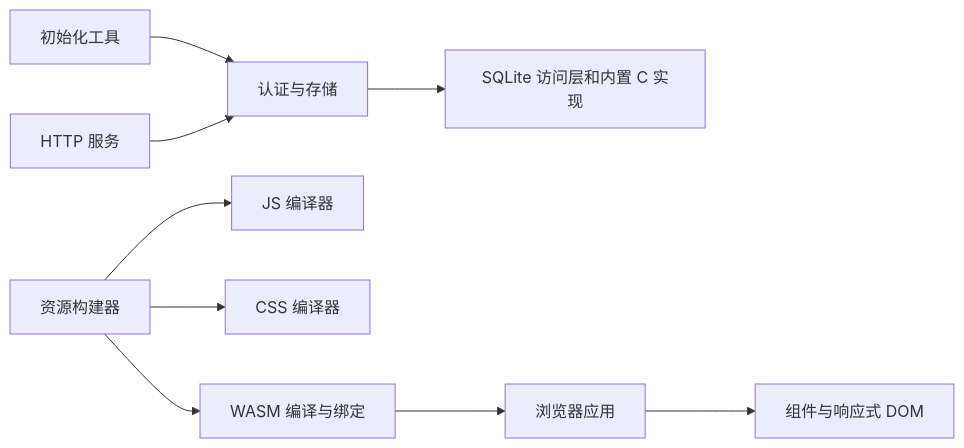
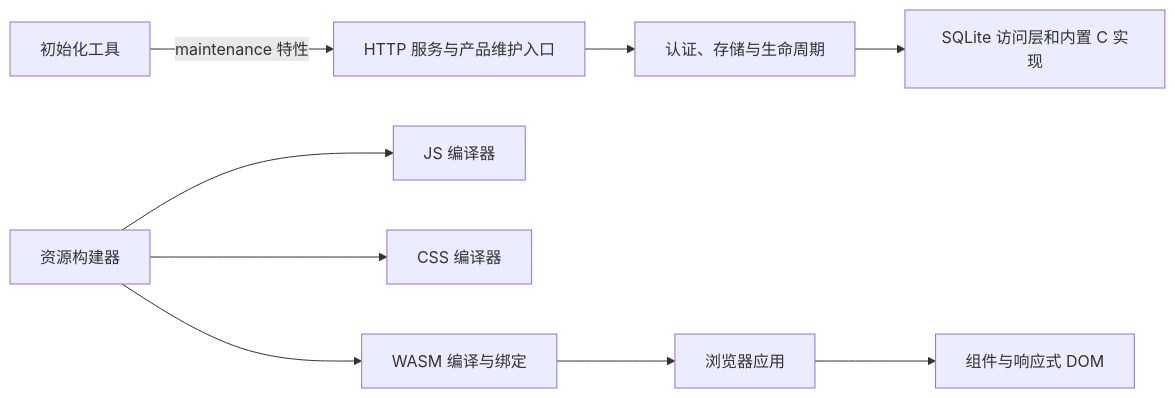
Before and after one commit to isarmg/xocs: the diagram in docs/architecture.md, drawn with Mermaid. The commit also changed other lines of this file and 86 other files, not shown here.

````diff
--- a/docs/architecture.md
+++ b/docs/architecture.md
@@ -26,11 +26,11 @@
 ```mermaid
 flowchart LR
-  setup[初始化工具] --> application[认证与存储]
-  server[HTTP 服务] --> application
+  setup[初始化工具] -->|maintenance 特性| server[HTTP 服务与产品维护入口]
+  server --> application[认证、存储与生命周期]
   application --> sqlite[SQLite 访问层和内置 C 实现]
   assets[资源构建器] --> js[JS 编译器]
   assets --> css[CSS 编译器]
   assets --> wasm[WASM 编译与绑定]
   wasm --> browser[浏览器应用]
   browser --> interface[组件与响应式 DOM]
 ```
````
